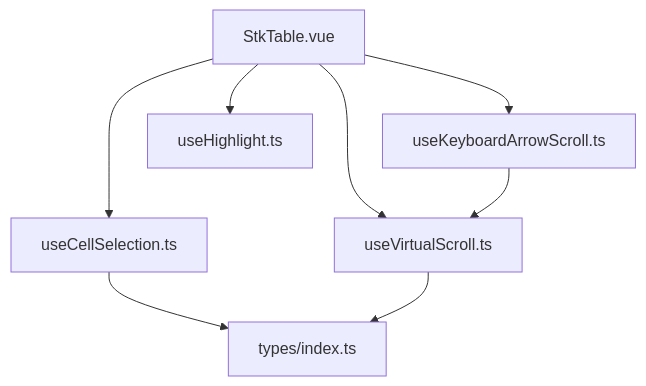
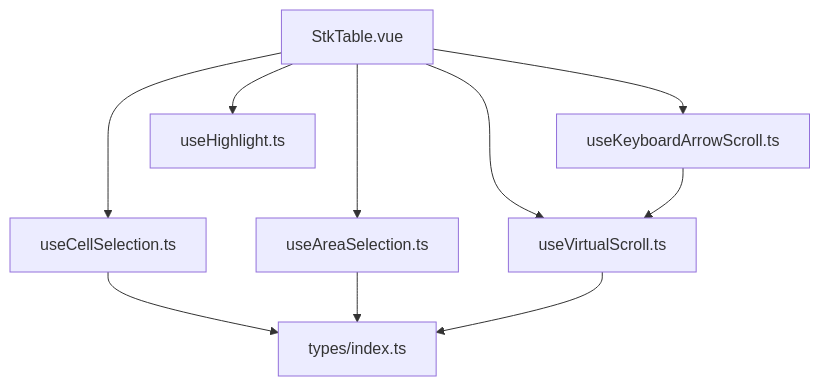
One commit to ja-plus/stk-table-vue changed the first of 9 diagrams in .qoder/repowiki/en/content/Core Concepts/Selection and Interaction Mechanisms.md. Above: the diagram before and after it, drawn with Mermaid. The commit also changed other lines of this file and 4 other files, not shown here.

````diff
--- a/.qoder/repowiki/en/content/Core Concepts/Selection and Interaction Mechanisms.md
+++ b/.qoder/repowiki/en/content/Core Concepts/Selection and Interaction Mechanisms.md
@@ -45,16 +58,19 @@
 ```mermaid
 graph TB
 STK["StkTable.vue"]
 UCS["useCellSelection.ts"]
+UAS["useAreaSelection.ts"]
 UKA["useKeyboardArrowScroll.ts"]
 UV["useVirtualScroll.ts"]
 UHL["useHighlight.ts"]
 TIDX["types/index.ts"]
 STK --> UCS
+STK --> UAS
 STK --> UKA
 STK --> UV
 STK --> UHL
 UCS --> TIDX
+UAS --> TIDX
 UKA --> UV
 UV --> TIDX
 ```
````
